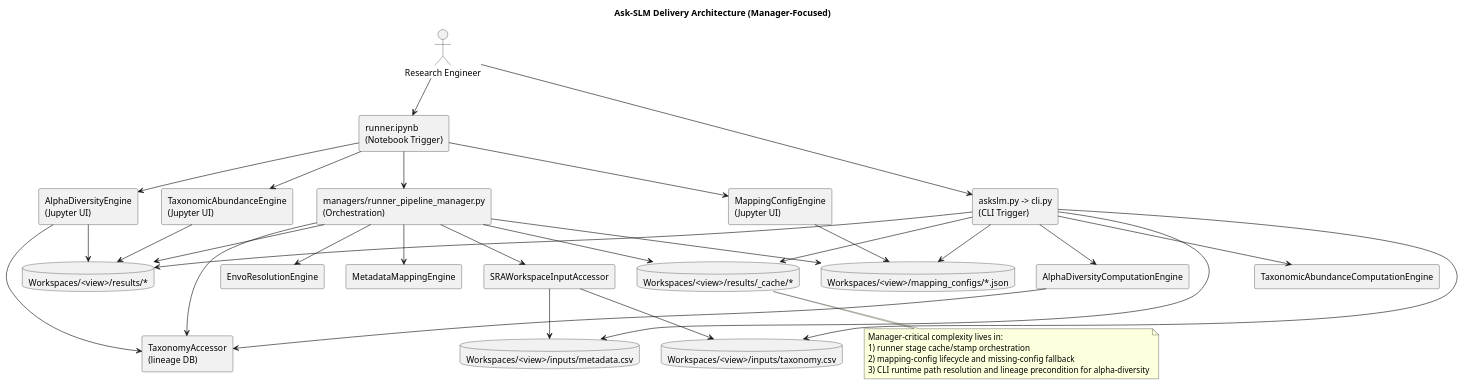
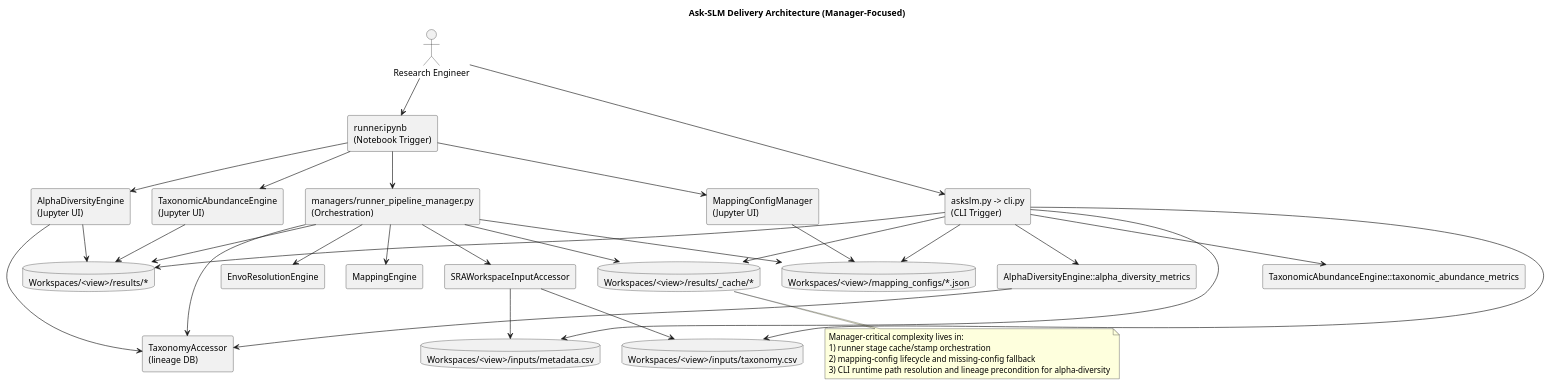
The diagram in Docs/product-documentation/uml/ask-slm-component-diagram.puml (YPinto-Lab/cohort-query), drawn with PlantUML before and after one commit. The commit also changed 25 other files, not shown here.

First line of the commit message:
refactor(engines): consolidate mapping/dataset computation ownership and remove legacy split packages

```diff
--- a/Docs/product-documentation/uml/ask-slm-component-diagram.puml
+++ b/Docs/product-documentation/uml/ask-slm-component-diagram.puml
@@ -1,71 +1,71 @@
 @startuml
 title Ask-SLM Delivery Architecture (Manager-Focused)
 
 skinparam componentStyle rectangle
 skinparam shadowing false
 skinparam packageStyle rectangle
 
 actor "Research Engineer" as User
 
 component "runner.ipynb\n(Notebook Trigger)" as Notebook
 component "askslm.py -> cli.py\n(CLI Trigger)" as CLI
 component "managers/runner_pipeline_manager.py\n(Orchestration)" as Pipeline
 component "SRAWorkspaceInputAccessor" as WorkspaceInputAccessor
-component "MetadataMappingEngine" as MappingEngine
+component "MappingEngine" as MappingEngine
 component "EnvoResolutionEngine" as EnvoEngine
 component "TaxonomyAccessor\n(lineage DB)" as LineageAccessor
 
-component "AlphaDiversityComputationEngine" as AlphaCompute
-component "TaxonomicAbundanceComputationEngine" as AbundanceCompute
+component "AlphaDiversityEngine::alpha_diversity_metrics" as AlphaCompute
+component "TaxonomicAbundanceEngine::taxonomic_abundance_metrics" as AbundanceCompute
 
-component "MappingConfigEngine\n(Jupyter UI)" as MappingUI
+component "MappingConfigManager\n(Jupyter UI)" as MappingUI
 component "AlphaDiversityEngine\n(Jupyter UI)" as AlphaUI
 component "TaxonomicAbundanceEngine\n(Jupyter UI)" as AbundanceUI
 
 database "Workspaces/<view>/inputs/metadata.csv" as WsMeta
 database "Workspaces/<view>/inputs/taxonomy.csv" as WsTax
 database "Workspaces/<view>/mapping_configs/*.json" as WsConfigs
 database "Workspaces/<view>/results/*" as WsResults
 database "Workspaces/<view>/results/_cache/*" as WsCache
 
 User --> Notebook
 User --> CLI
 
 Notebook --> Pipeline
 Pipeline --> WorkspaceInputAccessor
 WorkspaceInputAccessor --> WsMeta
 WorkspaceInputAccessor --> WsTax
 
 Pipeline --> MappingEngine
 Pipeline --> EnvoEngine
 Pipeline --> LineageAccessor
 Pipeline --> WsConfigs
 Pipeline --> WsResults
 Pipeline --> WsCache
 
 Notebook --> MappingUI
 Notebook --> AlphaUI
 Notebook --> AbundanceUI
 MappingUI --> WsConfigs
 AlphaUI --> LineageAccessor
 AlphaUI --> WsResults
 AbundanceUI --> WsResults
 
 CLI --> WsMeta
 CLI --> WsTax
 CLI --> WsConfigs
 CLI --> WsResults
 CLI --> WsCache
 CLI --> AlphaCompute
 CLI --> AbundanceCompute
 
 AlphaCompute --> LineageAccessor
 
 note bottom
 Manager-critical complexity lives in:
 1) runner stage cache/stamp orchestration
 2) mapping-config lifecycle and missing-config fallback
 3) CLI runtime path resolution and lineage precondition for alpha-diversity
 end note
 
 @enduml
```
